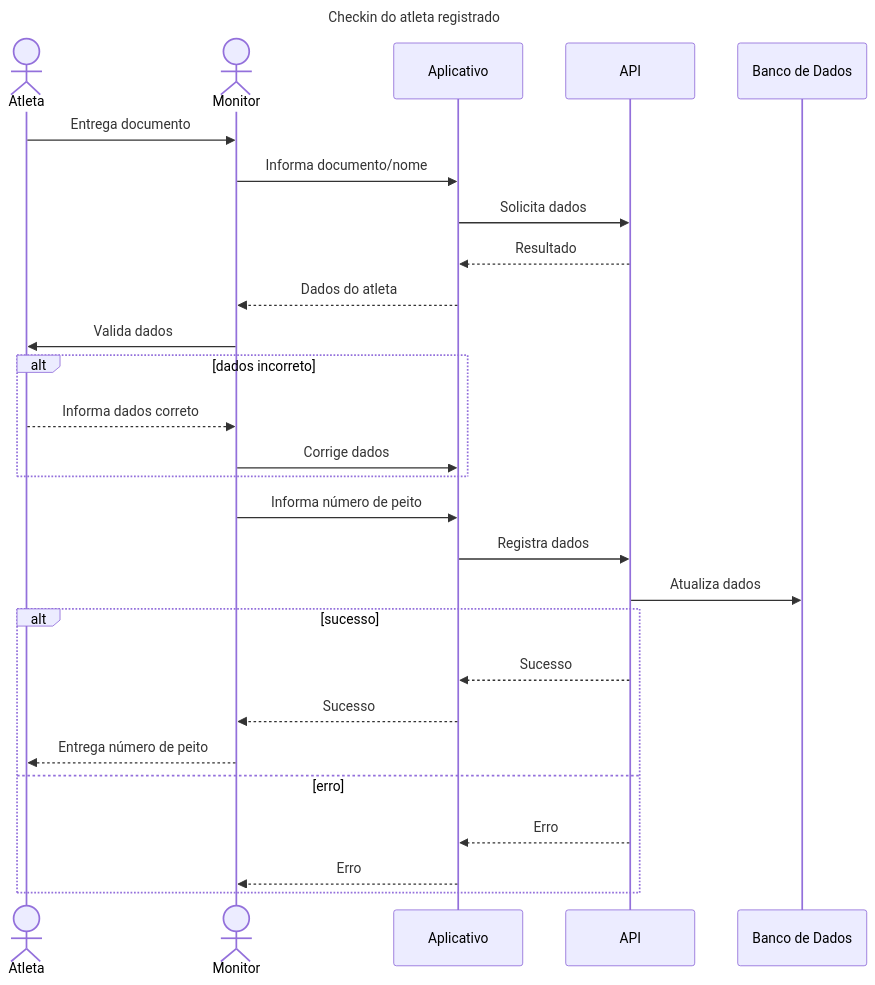
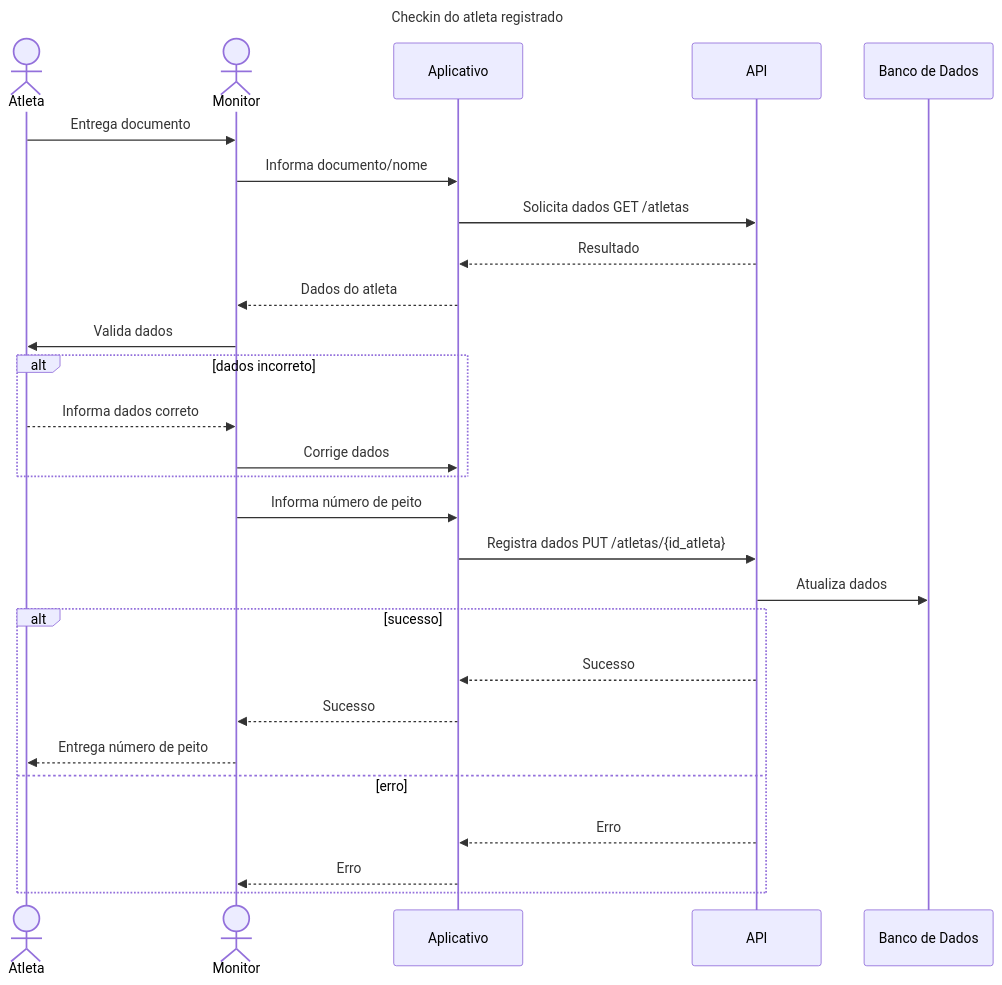
One commit to brgilsonsp/corrida_familia_piba changed the diagram in designer/diagrams/features/checkin_recorded.md. Above: the diagram before and after it, drawn with Mermaid. The commit also changed 9 other files, not shown here.

````diff
--- a/designer/diagrams/features/checkin_recorded.md
+++ b/designer/diagrams/features/checkin_recorded.md
@@ -1,32 +1,32 @@
 ```mermaid
 sequenceDiagram
     title Checkin do atleta registrado
 
     actor Atleta as Atleta
     actor Monitor as Monitor
     participant Aplicativo as Aplicativo
     participant API as API
     participant DB as Banco de Dados
     
     Atleta->>Monitor: Entrega documento
     Monitor->>Aplicativo: Informa documento/nome
-    Aplicativo->>API: Solicita dados
+    Aplicativo->>API: Solicita dados GET /atletas
     API-->>Aplicativo: Resultado
     Aplicativo-->>Monitor: Dados do atleta
     Monitor->>Atleta: Valida dados
     alt dados incorreto
         Atleta-->>Monitor: Informa dados correto
         Monitor->>Aplicativo: Corrige dados
     end
     Monitor->>Aplicativo: Informa número de peito
-    Aplicativo->>API: Registra dados
+    Aplicativo->>API: Registra dados PUT /atletas/{id_atleta}
     API->>DB: Atualiza dados
     alt sucesso
         API-->>Aplicativo: Sucesso
         Aplicativo-->>Monitor: Sucesso
         Monitor-->>Atleta: Entrega número de peito
     else erro
         API-->>Aplicativo: Erro
         Aplicativo-->>Monitor: Erro
     end
 ```
````
